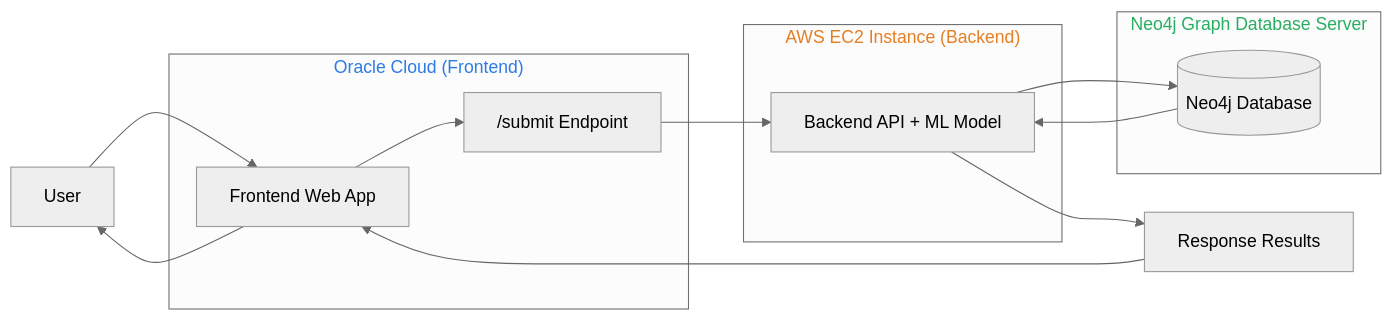
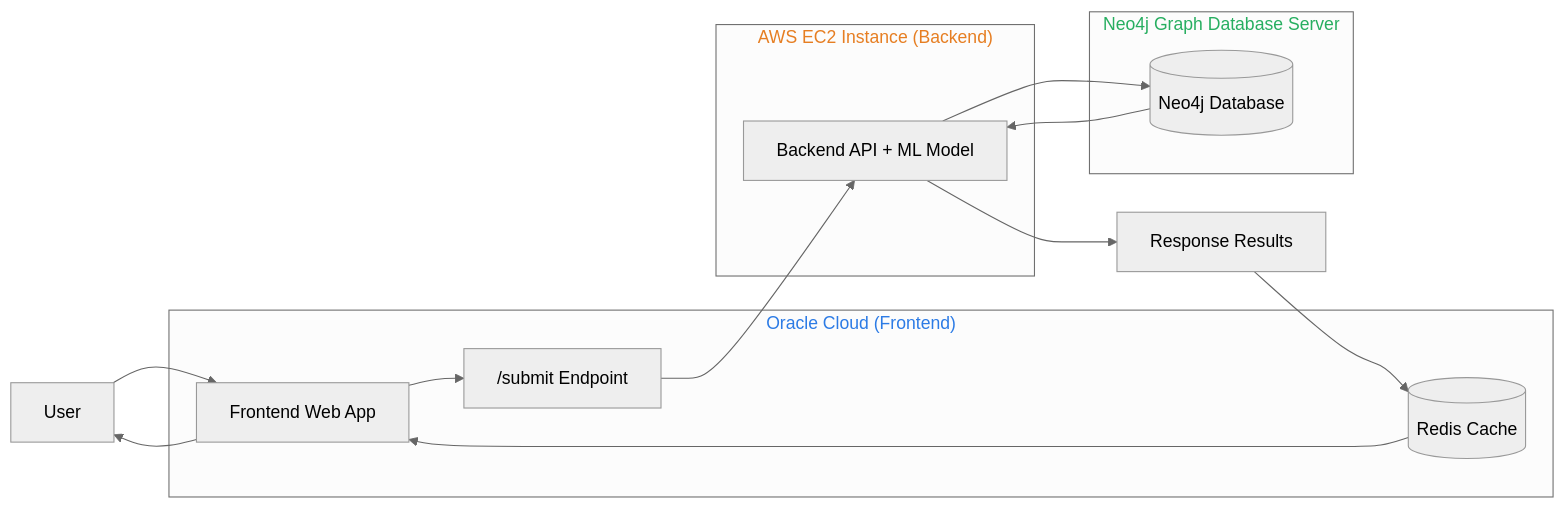
Before and after one commit to thesteau/bitguard: the second of 2 diagrams in README.md, drawn with Mermaid (neutral theme).

Commit message:
Add redis cache as part of the diagram

````diff
--- a/README.md
+++ b/README.md
@@ -50,29 +50,31 @@
 ```mermaid
 flowchart LR
 
 U[User]
 
 subgraph Oracle["<span style='color:#2c7be5'>Oracle Cloud (Frontend)</span>"]
     FE[Frontend Web App]
     SUBMIT["/submit Endpoint"]
+    CACHE[(Redis Cache)]
 end
 
 subgraph AWS["<span style='color:#e67e22'>AWS EC2 Instance (Backend)</span>"]
     API[Backend API + ML Model]
 end
 
 subgraph Graph["<span style='color:#27ae60'>Neo4j Graph Database Server</span>"]
     DB[(Neo4j Database)]
 end
 
 R[Response Results]
 
 U --> FE
 FE --> SUBMIT
 SUBMIT --> API
 API --> DB
 DB --> API
 API --> R
-R --> FE
+R --> CACHE
+CACHE --> FE
 FE --> U
 ```
````
